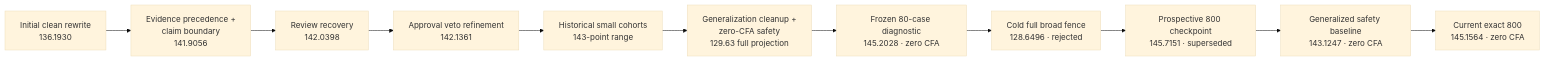
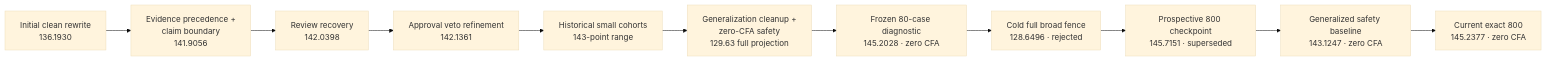
The fourth of 5 diagrams in MEMO.md (midasavocado/mib-doc-challenge-solution), drawn with Mermaid (base theme) before and after one commit. The commit also changed other lines of this file and 6 other files, not shown here.

````diff
--- a/MEMO.md
+++ b/MEMO.md
@@ -499,14 +519,14 @@
 ```mermaid
 flowchart LR
     A["Initial clean rewrite<br/>136.1930"] -->
     B["Evidence precedence +<br/>claim boundary<br/>141.9056"] -->
     C["Review recovery<br/>142.0398"] -->
     D["Approval veto refinement<br/>142.1361"] -->
     E["Historical small cohorts<br/>143-point range"] -->
     F["Generalization cleanup +<br/>zero-CFA safety<br/>129.63 full projection"] -->
     G["Frozen 80-case diagnostic<br/>145.2028 · zero CFA"] -->
     H["Cold full broad fence<br/>128.6496 · rejected"] -->
     I["Prospective 800 checkpoint<br/>145.7151 · superseded"] -->
     J["Generalized safety baseline<br/>143.1247 · zero CFA"] -->
-    K["Current exact 800<br/>145.1564 · zero CFA"]
+    K["Current exact 800<br/>145.2377 · zero CFA"]
 ```
````
